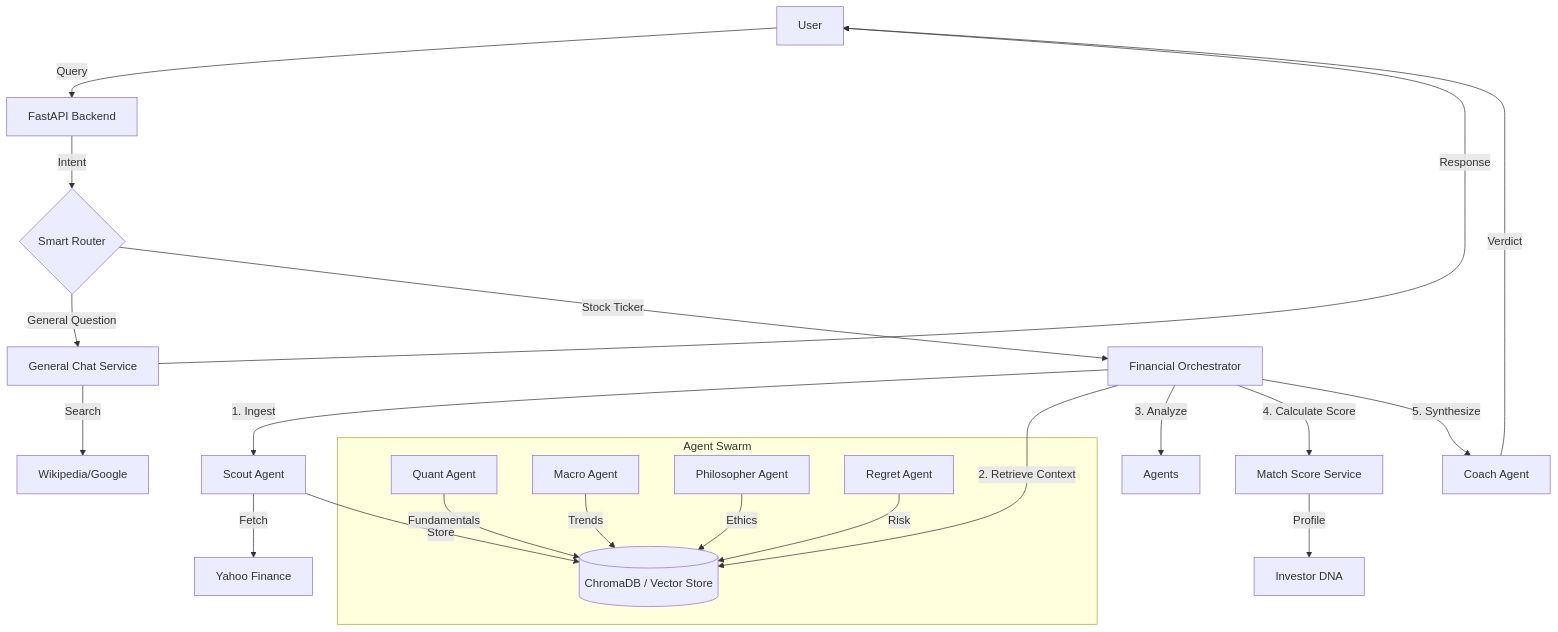
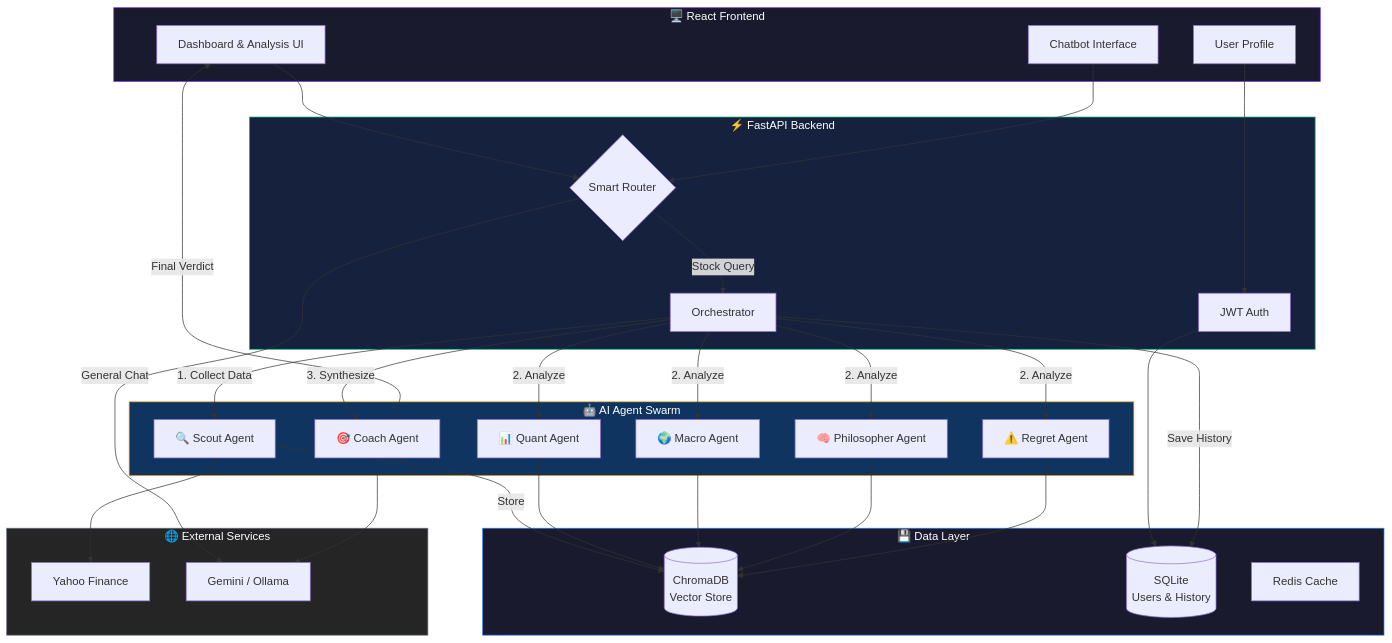
Before and after one commit to Pruthvi3715/VOIS-ELIDA: the first of 4 diagrams in docs/ARCHITECTURE.md, drawn with Mermaid. The commit also changed other lines of this file and 23 other files, not shown here.

Commit message:
Update architecture diagrams, fix currency symbols, improve Live Market feature

````diff
--- a/docs/ARCHITECTURE.md
+++ b/docs/ARCHITECTURE.md
@@ -9,33 +16,68 @@
 ```mermaid
-graph TD
-    User[User] -->|Query| API[FastAPI Backend]
-    API -->|Intent| Router{Smart Router}
+flowchart TB
+    subgraph Frontend["🖥️ React Frontend"]
+        UI[Dashboard & Analysis UI]
+        Chat[Chatbot Interface]
+        Profile[User Profile]
+    end
+
+    subgraph API["⚡ FastAPI Backend"]
+        Router{Smart Router}
+        Auth[JWT Auth]
+        Orch[Orchestrator]
+    end
+
+    subgraph Agents["🤖 AI Agent Swarm"]
+        Scout[🔍 Scout Agent]
+        Quant[📊 Quant Agent]
+        Macro[🌍 Macro Agent]
+        Phil[🧠 Philosopher Agent]
+        Regret[⚠️ Regret Agent]
+        Coach[🎯 Coach Agent]
+    end
+
+    subgraph Data["💾 Data Layer"]
+        RAG[(ChromaDB<br/>Vector Store)]
+        DB[(SQLite<br/>Users & History)]
+        Cache[Redis Cache]
+    end
+
+    subgraph External["🌐 External Services"]
+        Yahoo[Yahoo Finance]
+        LLM[Gemini / Ollama]
+    end
+
+    UI --> Router
+    Chat --> Router
+    Profile --> Auth
     
-    %% Branch 1: General Knowledge
-    Router -->|General Question| Research[General Chat Service]
-    Research -->|Search| Wiki[Wikipedia/Google]
-    Research -->|Response| User
+    Router -->|Stock Query| Orch
+    Router -->|General Chat| LLM
     
-    %% Branch 2: Financial Analysis
-    Router -->|Stock Ticker| Orch[Financial Orchestrator]
+    Orch -->|1. Collect Data| Scout
+    Scout --> Yahoo
+    Scout -->|Store| RAG
     
-    Orch -->|1. Ingest| Scout[Scout Agent]
-    Scout -->|Fetch| Yahoo[Yahoo Finance]
-    Scout -->|Store| RAG[(ChromaDB / Vector Store)]
+    Orch -->|2. Analyze| Quant
+    Orch -->|2. Analyze| Macro
+    Orch -->|2. Analyze| Phil
+    Orch -->|2. Analyze| Regret
     
-    Orch -->|2. Retrieve Context| RAG
+    Quant --> RAG
+    Macro --> RAG
+    Phil --> RAG
+    Regret --> RAG
     
-    Orch -->|3. Analyze| Agents
-    subgraph "Agent Swarm"
-        Quant[Quant Agent] -->|Fundamentals| RAG
-        Macro[Macro Agent] -->|Trends| RAG
-        Phil[Philosopher Agent] -->|Ethics| RAG
-        Regret[Regret Agent] -->|Risk| RAG
-    end
+    Orch -->|3. Synthesize| Coach
+    Coach --> LLM
+    Coach -->|Final Verdict| UI
     
-    Orch -->|4. Calculate Score| MatchService[Match Score Service]
-    MatchService -->|Profile| UserDNA[Investor DNA]
-    
-    Orch -->|5. Synthesize| Coach[Coach Agent]
-    Coach -->|Verdict| User
+    Auth --> DB
+    Orch -->|Save History| DB
+
+    style Frontend fill:#1a1a2e,stroke:#7c3aed,color:#fff
+    style API fill:#16213e,stroke:#10b981,color:#fff
+    style Agents fill:#0f3460,stroke:#f59e0b,color:#fff
+    style Data fill:#1a1a2e,stroke:#3b82f6,color:#fff
+    style External fill:#252525,stroke:#6b7280,color:#fff
 ```
````
